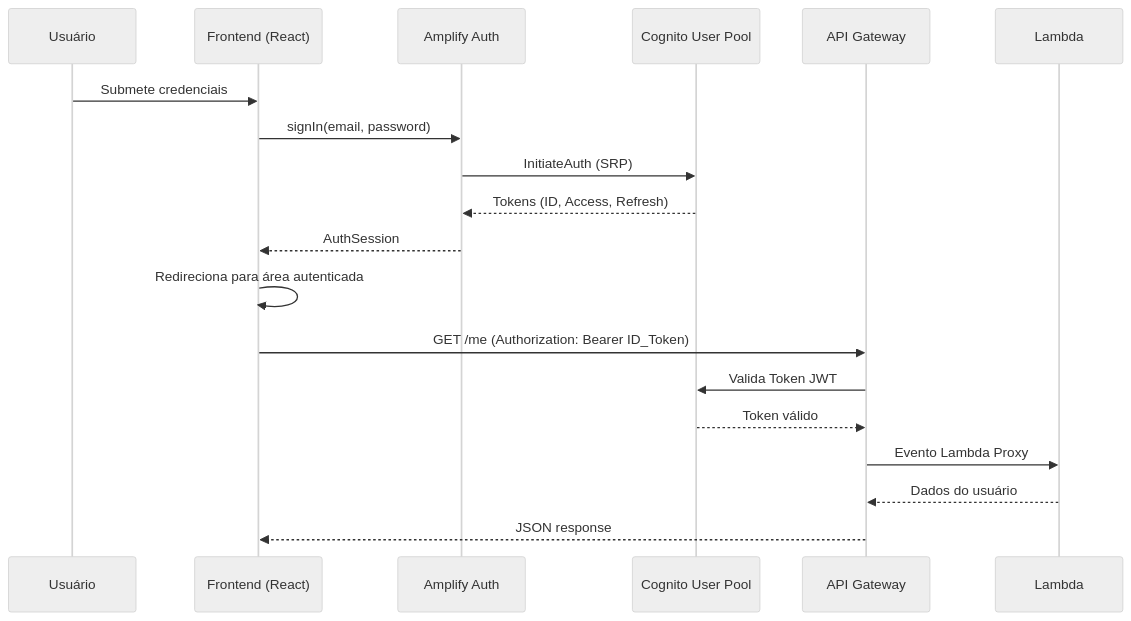
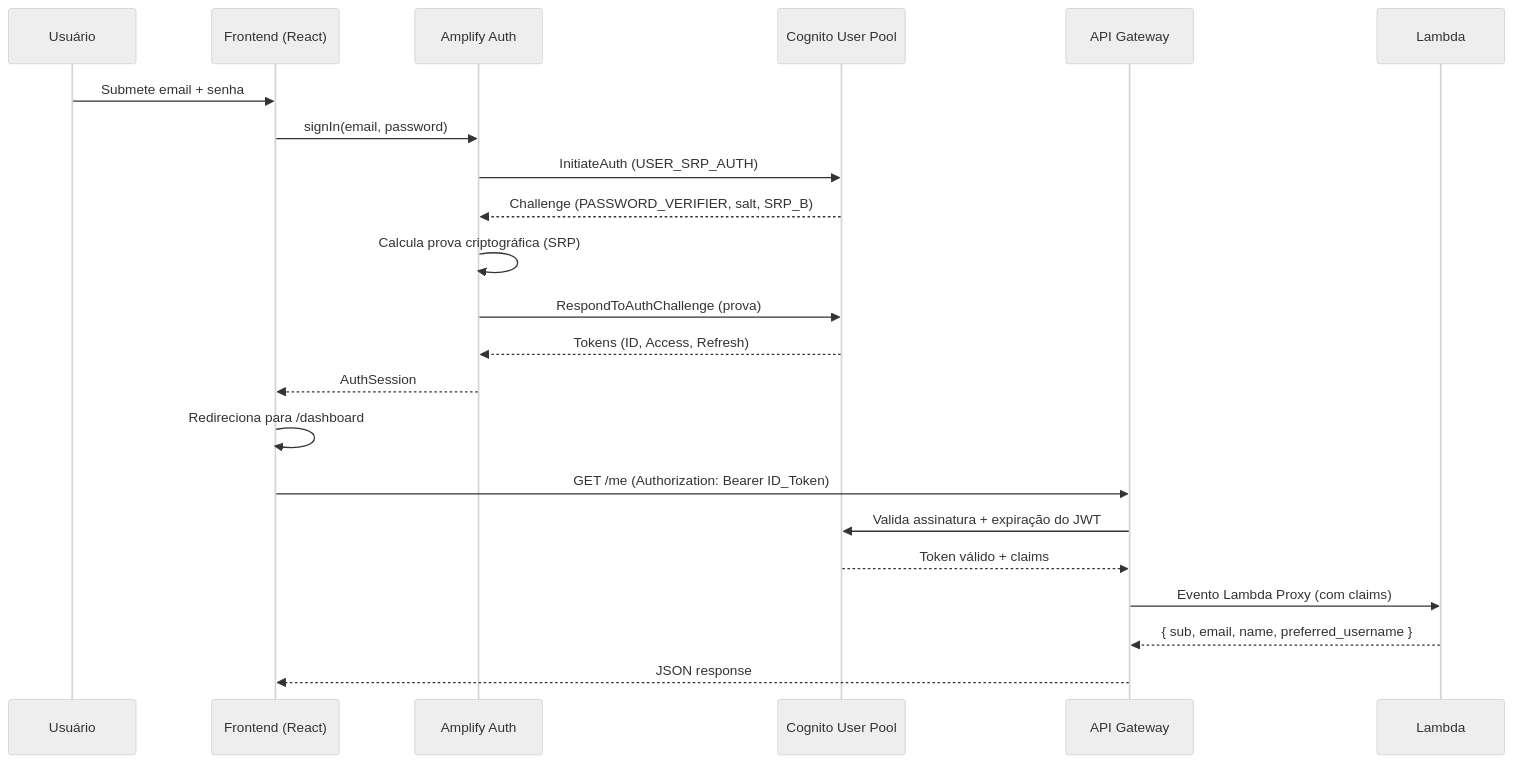
One commit to luizinhesta/Amazon-Cognito changed the first of 3 diagrams in ARQUITETURA.md. Above: the diagram before and after it, drawn with Mermaid (neutral theme). The commit also changed other lines of this file and 2 other files, not shown here.

````diff
--- a/ARQUITETURA.md
+++ b/ARQUITETURA.md
@@ -143,21 +130,26 @@
 ```mermaid
 sequenceDiagram
     participant U as Usuário
     participant F as Frontend (React)
     participant A as Amplify Auth
     participant C as Cognito User Pool
     participant API as API Gateway
     participant L as Lambda
-    U->>F: Submete credenciais
+
+    U->>F: Submete email + senha
     F->>A: signIn(email, password)
-    A->>C: InitiateAuth (SRP)
+    A->>C: InitiateAuth (USER_SRP_AUTH)
+    C-->>A: Challenge (PASSWORD_VERIFIER, salt, SRP_B)
+    A->>A: Calcula prova criptográfica (SRP)
+    A->>C: RespondToAuthChallenge (prova)
     C-->>A: Tokens (ID, Access, Refresh)
     A-->>F: AuthSession
-    F->>F: Redireciona para área autenticada
+    F->>F: Redireciona para /dashboard
+
     F->>API: GET /me (Authorization: Bearer ID_Token)
-    API->>C: Valida Token JWT
-    C-->>API: Token válido
-    API->>L: Evento Lambda Proxy
-    L-->>API: Dados do usuário
+    API->>C: Valida assinatura + expiração do JWT
+    C-->>API: Token válido + claims
+    API->>L: Evento Lambda Proxy (com claims)
+    L-->>API: { sub, email, name, preferred_username }
     API-->>F: JSON response
 ```
````
